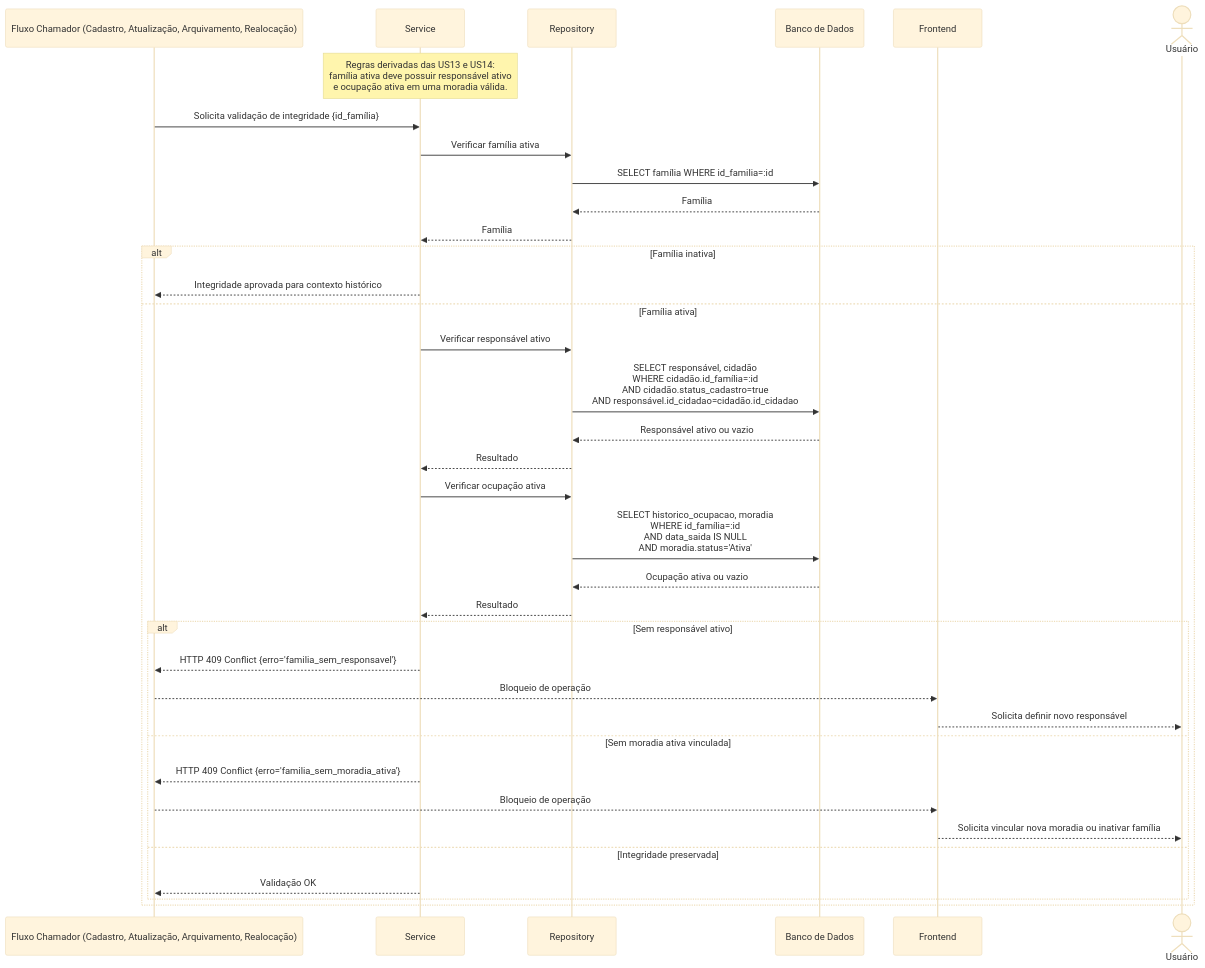
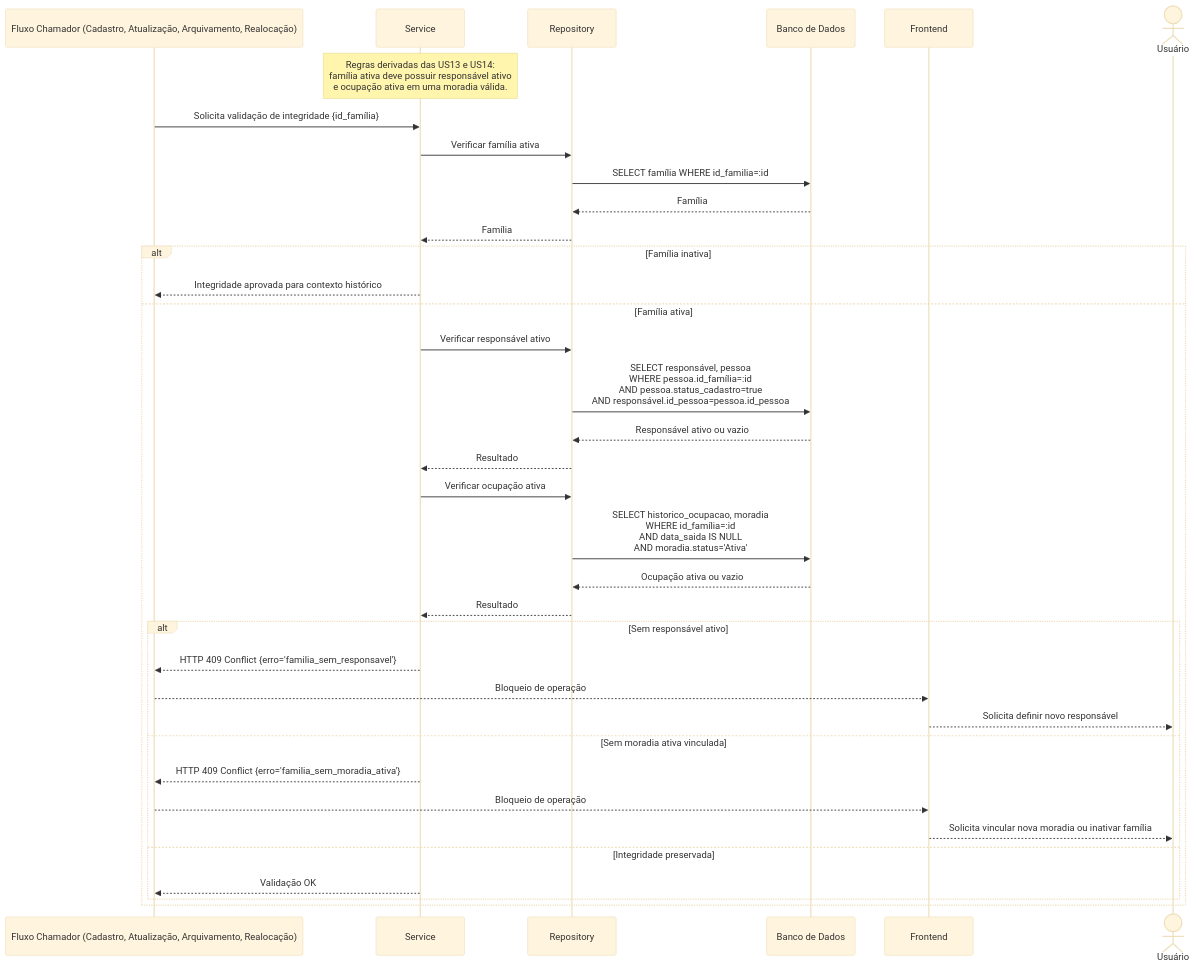
Diagram 12 of 12 in documentos/wad.md (davitricarico-wq/g03), drawn with Mermaid (base theme) before and after one commit. The commit also changed other lines of this file, not shown here.

Commit message:
doc(diagrama-sequencia-3.2.4): atualização dos diagramas, alterando nomenclaturas de entidades, endpoints implementados. Deixando de acordo com escopo atual. [card#153]

````diff
--- a/documentos/wad.md
+++ b/documentos/wad.md
@@ -1174,43 +1163,43 @@
 ```mermaid
 sequenceDiagram
     participant Chamador as Fluxo Chamador (Cadastro, Atualização, Arquivamento, Realocação)
     participant Service as Service
     participant Repository as Repository
     participant DB as Banco de Dados
     participant Frontend as Frontend
     actor Usuario as Usuário
 
     Note over Service: Regras derivadas das US13 e US14:<br/>família ativa deve possuir responsável ativo<br/>e ocupação ativa em uma moradia válida.
 
     Chamador->>Service: Solicita validação de integridade {id_família}
     Service->>Repository: Verificar família ativa
     Repository->>DB: SELECT família WHERE id_familia=:id
     DB-->>Repository: Família
     Repository-->>Service: Família
 
     alt Família inativa
         Service-->>Chamador: Integridade aprovada para contexto histórico
     else Família ativa
         Service->>Repository: Verificar responsável ativo
-        Repository->>DB: SELECT responsável, cidadão<br/>WHERE cidadão.id_família=:id<br/>AND cidadão.status_cadastro=true<br/>AND responsável.id_cidadao=cidadão.id_cidadao
+        Repository->>DB: SELECT responsável, pessoa<br/>WHERE pessoa.id_família=:id<br/>AND pessoa.status_cadastro=true<br/>AND responsável.id_pessoa=pessoa.id_pessoa
         DB-->>Repository: Responsável ativo ou vazio
         Repository-->>Service: Resultado
 
         Service->>Repository: Verificar ocupação ativa
         Repository->>DB: SELECT historico_ocupacao, moradia<br/>WHERE id_família=:id<br/>AND data_saida IS NULL<br/>AND moradia.status='Ativa'
         DB-->>Repository: Ocupação ativa ou vazio
         Repository-->>Service: Resultado
 
         alt Sem responsável ativo
             Service-->>Chamador: HTTP 409 Conflict {erro='familia_sem_responsavel'}
             Chamador-->>Frontend: Bloqueio de operação
             Frontend-->>Usuario: Solicita definir novo responsável
         else Sem moradia ativa vinculada
             Service-->>Chamador: HTTP 409 Conflict {erro='familia_sem_moradia_ativa'}
             Chamador-->>Frontend: Bloqueio de operação
             Frontend-->>Usuario: Solicita vincular nova moradia ou inativar família
         else Integridade preservada
             Service-->>Chamador: Validação OK
         end
     end
 ```
````
